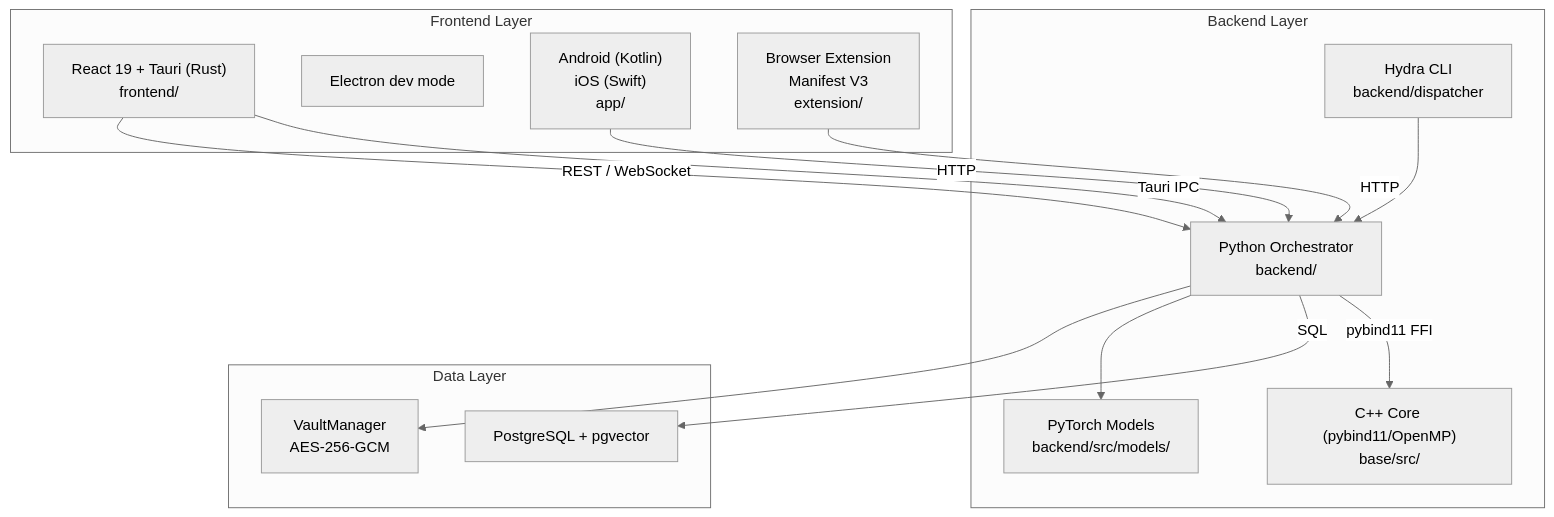
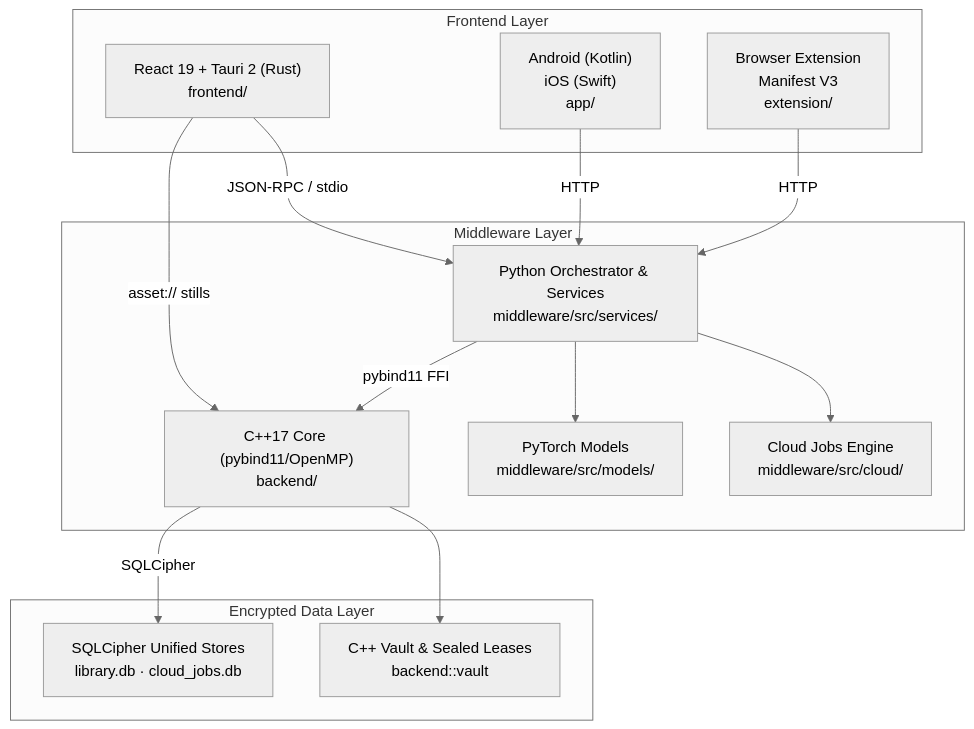
The diagram in docs/index.md (ACFHarbinger/Image-Toolkit), drawn with Mermaid (neutral theme) before and after one commit. The commit also changed other lines of this file and 28 other files, not shown here.

Commit message:
docs(w0-21): add C4 architecture, ADRs, module contract hash spine, and onboarding guide (#885)

````diff
--- a/docs/index.md
+++ b/docs/index.md
@@ -29,31 +33,30 @@
 ```mermaid
 graph TD
     subgraph Frontend["Frontend Layer"]
-        FE["React 19 + Tauri (Rust)\nfrontend/"]
-        EL["Electron dev mode"]
+        FE["React 19 + Tauri 2 (Rust)\nfrontend/"]
         MB["Android (Kotlin)\niOS (Swift)\napp/"]
         EXT["Browser Extension\nManifest V3\nextension/"]
     end
 
-    subgraph Backend["Backend Layer"]
-        PY["Python Orchestrator\nbackend/"]
-        RU["C++ Core (pybind11/OpenMP)\nbase/src/"]
-        ML["PyTorch Models\nbackend/src/models/"]
-        HY["Hydra CLI\nbackend/dispatcher"]   
+    subgraph Middleware["Middleware Layer"]
+        PY["Python Orchestrator & Services\nmiddleware/src/services/"]
+        RU["C++17 Core (pybind11/OpenMP)\nbackend/"]
+        ML["PyTorch Models\nmiddleware/src/models/"]
+        CL["Cloud Jobs Engine\nmiddleware/src/cloud/"]
     end
 
-    subgraph Data["Data Layer"]
-        PG["PostgreSQL + pgvector"]
-        VT["VaultManager\nAES-256-GCM"]
+    subgraph Data["Encrypted Data Layer"]
+        DB["SQLCipher Unified Stores\nlibrary.db · cloud_jobs.db"]
+        VT["C++ Vault & Sealed Leases\nbackend::vault"]
     end
 
-    FE -->|Tauri IPC| PY
-    FE -->|REST / WebSocket| PY
+    FE -->|JSON-RPC / stdio| PY
+    FE -->|asset:// stills| RU
     PY -->|pybind11 FFI| RU
-    PY -->|SQL| PG
     PY --> ML
-    HY --> PY
+    PY --> CL
+    RU -->|SQLCipher| DB
+    RU --> VT
     MB -->|HTTP| PY
     EXT -->|HTTP| PY
-    PY --> VT
 ```
````
